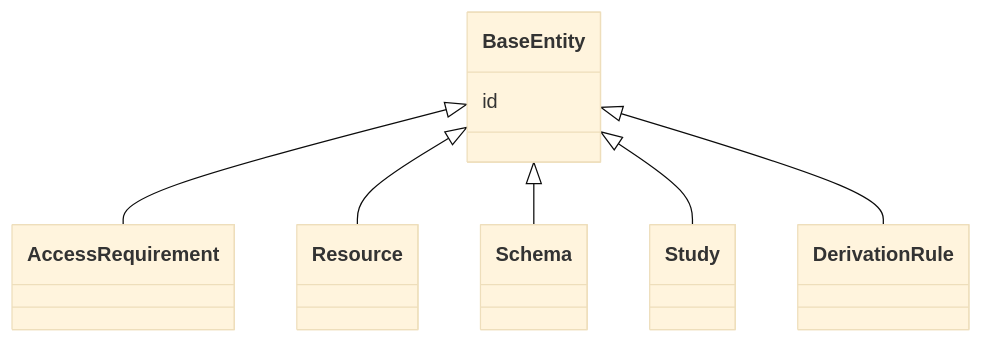
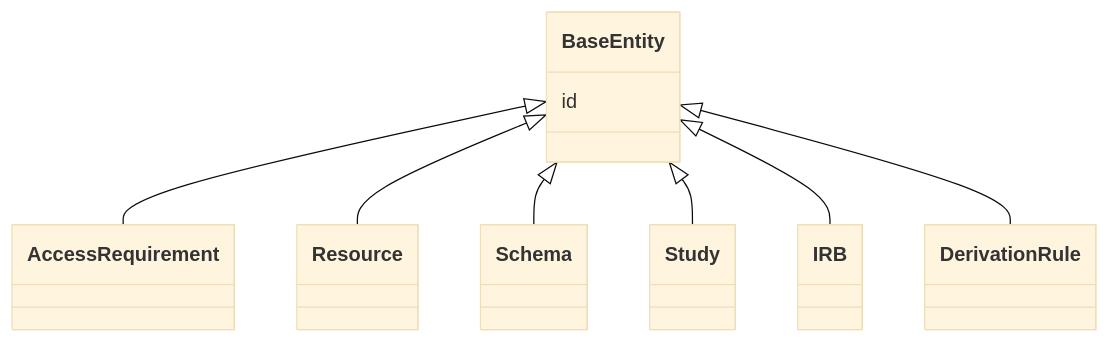
The diagram in docs/reference/classes/BaseEntity.md (mc2-center/governanceDUO), drawn with Mermaid (base theme) before and after one commit. The commit also changed other lines of this file and 48 other files, not shown here.

First line of the commit message:
Add a first-class IRB entity and support two IRB approvals on one dataset

````diff
--- a/docs/reference/classes/BaseEntity.md
+++ b/docs/reference/classes/BaseEntity.md
@@ -25,19 +25,21 @@
 ```mermaid
  classDiagram
     class BaseEntity
     click BaseEntity href "../../classes/BaseEntity/"
       BaseEntity <|-- AccessRequirement
         click AccessRequirement href "../../classes/AccessRequirement/"
       BaseEntity <|-- Resource
         click Resource href "../../classes/Resource/"
       BaseEntity <|-- Schema
         click Schema href "../../classes/Schema/"
       BaseEntity <|-- Study
         click Study href "../../classes/Study/"
+      BaseEntity <|-- IRB
+        click IRB href "../../classes/IRB/"
       BaseEntity <|-- DerivationRule
         click DerivationRule href "../../classes/DerivationRule/"
       
       BaseEntity : id
         
       
 ```
````
